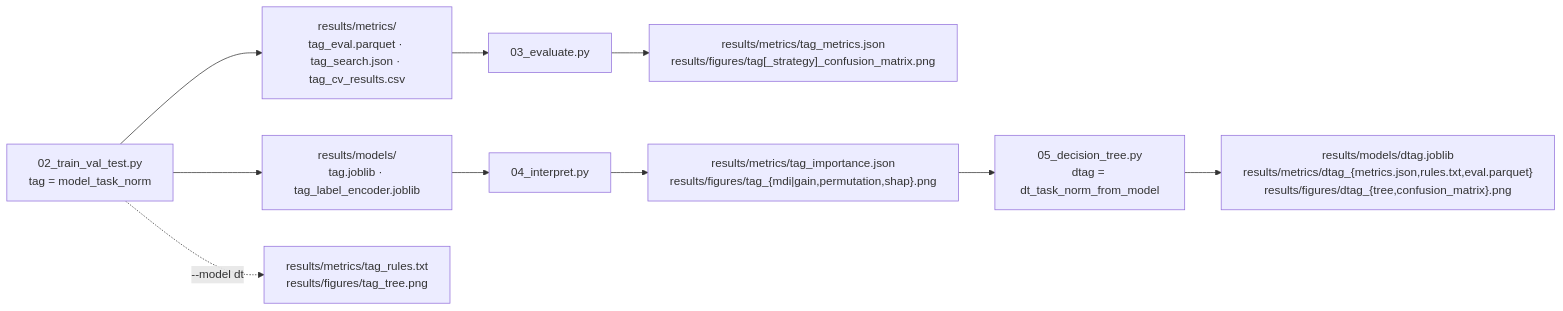
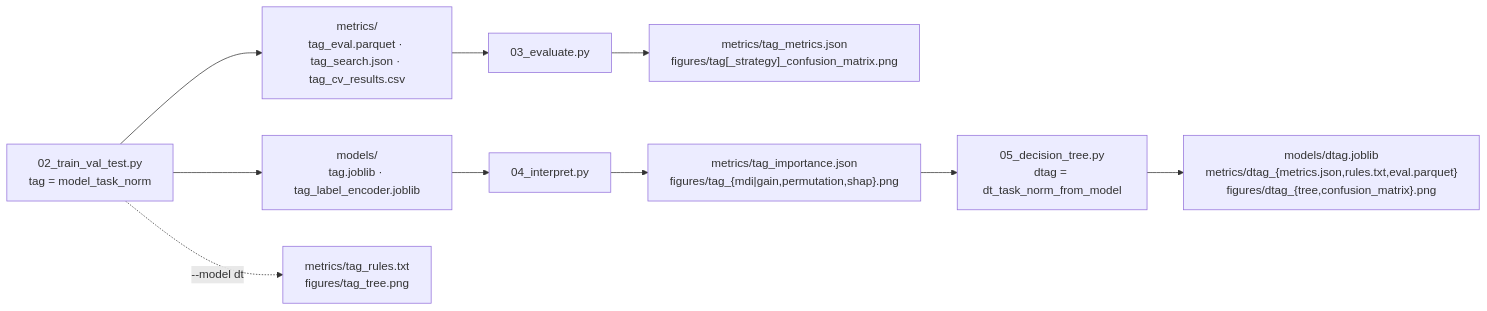
One commit to Thiago-TP/flow-assurance-ml changed the fifth of 5 diagrams in README.md. Above: the diagram before and after it, drawn with Mermaid. The commit also changed other lines of this file and 11 other files, not shown here.

````diff
--- a/README.md
+++ b/README.md
@@ -398,9 +428,9 @@
 ```mermaid
 flowchart LR
-  T["02_train_val_test.py<br/>tag = model_task_norm"] --> M["results/models/<br/>tag.joblib · tag_label_encoder.joblib"]
-  T --> O["results/metrics/<br/>tag_eval.parquet · tag_search.json · tag_cv_results.csv"]
-  T -. "--model dt" .-> R["results/metrics/tag_rules.txt<br/>results/figures/tag_tree.png"]
-  O --> EV["03_evaluate.py"] --> EM["results/metrics/tag_metrics.json<br/>results/figures/tag[_strategy]_confusion_matrix.png"]
-  M --> IN["04_interpret.py"] --> IM["results/metrics/tag_importance.json<br/>results/figures/tag_{mdi|gain,permutation,shap}.png"]
-  IM --> DT["05_decision_tree.py<br/>dtag = dt_task_norm_from_model"] --> DM["results/models/dtag.joblib<br/>results/metrics/dtag_{metrics.json,rules.txt,eval.parquet}<br/>results/figures/dtag_{tree,confusion_matrix}.png"]
+  T["02_train_val_test.py<br/>tag = model_task_norm"] --> M["models/<br/>tag.joblib · tag_label_encoder.joblib"]
+  T --> O["metrics/<br/>tag_eval.parquet · tag_search.json · tag_cv_results.csv"]
+  T -. "--model dt" .-> R["metrics/tag_rules.txt<br/>figures/tag_tree.png"]
+  O --> EV["03_evaluate.py"] --> EM["metrics/tag_metrics.json<br/>figures/tag[_strategy]_confusion_matrix.png"]
+  M --> IN["04_interpret.py"] --> IM["metrics/tag_importance.json<br/>figures/tag_{mdi|gain,permutation,shap}.png"]
+  IM --> DT["05_decision_tree.py<br/>dtag = dt_task_norm_from_model"] --> DM["models/dtag.joblib<br/>metrics/dtag_{metrics.json,rules.txt,eval.parquet}<br/>figures/dtag_{tree,confusion_matrix}.png"]
 ```
````
